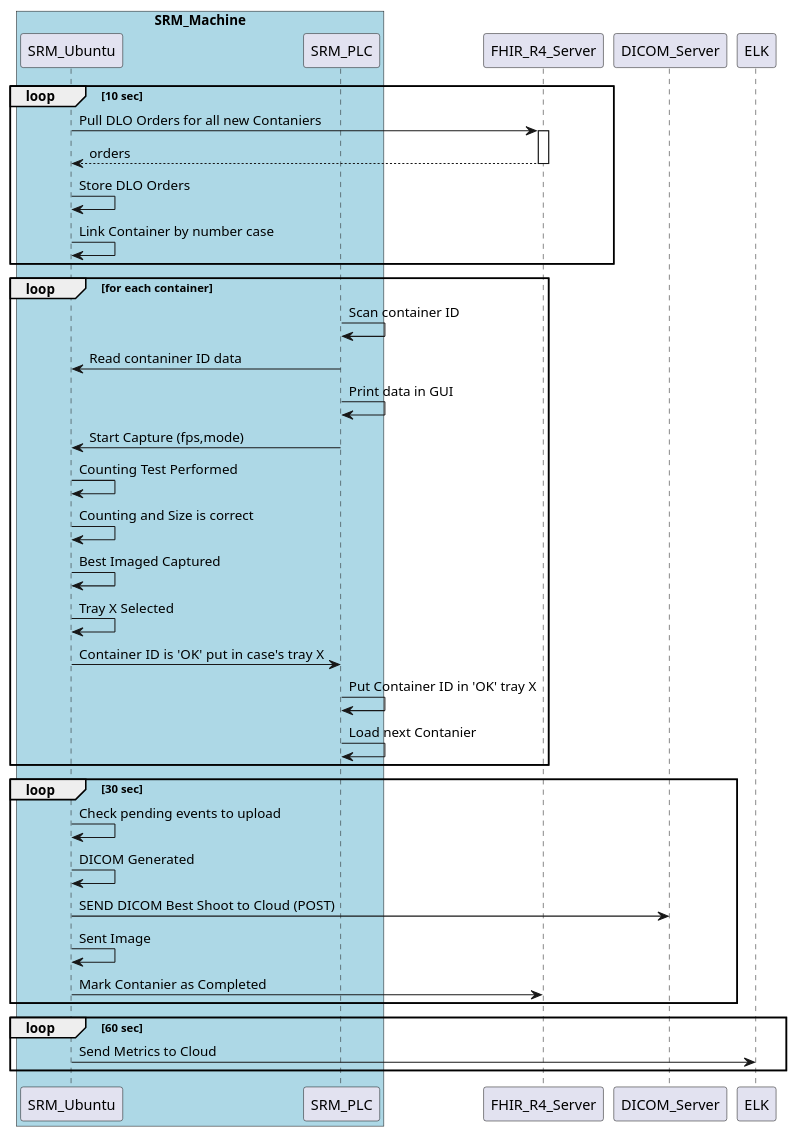
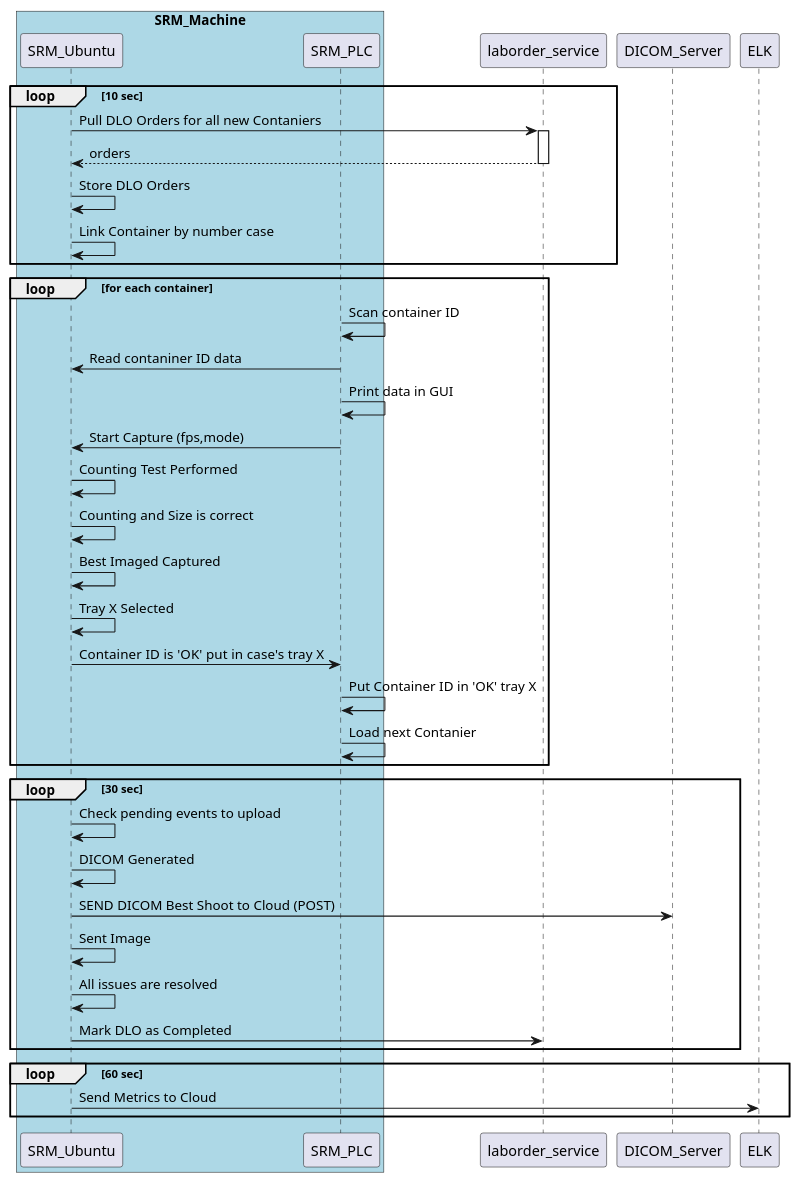
Before and after one commit to Qojgjg/playing-java-quarkus-mono: the diagram in srm/src/plantuml/SRM.puml, drawn with PlantUML. The commit also changed 116 other files, not shown here.

```diff
--- a/srm/src/plantuml/SRM.puml
+++ b/srm/src/plantuml/SRM.puml
@@ -1,39 +1,40 @@
 @startuml
 
 box "SRM_Machine" #LightBlue
 participant SRM_Ubuntu
 participant SRM_PLC
 end box
 
 loop 10 sec
-    SRM_Ubuntu->FHIR_R4_Server ++: Pull DLO Orders for all new Contaniers
+    SRM_Ubuntu->laborder_service ++: Pull DLO Orders for all new Contaniers
     return orders
     SRM_Ubuntu->SRM_Ubuntu: Store DLO Orders
     SRM_Ubuntu->SRM_Ubuntu: Link Container by number case
 end
 loop for each container 
 SRM_PLC->SRM_PLC: Scan container ID
 SRM_PLC->SRM_Ubuntu: Read contaniner ID data
 SRM_PLC->SRM_PLC: Print data in GUI
 
 SRM_PLC->SRM_Ubuntu: Start Capture (fps,mode)
 SRM_Ubuntu->SRM_Ubuntu: Counting Test Performed
 SRM_Ubuntu->SRM_Ubuntu: Counting and Size is correct
 SRM_Ubuntu->SRM_Ubuntu: Best Imaged Captured
 SRM_Ubuntu->SRM_Ubuntu: Tray X Selected
 SRM_Ubuntu->SRM_PLC: Container ID is 'OK'  put in case's tray X
 SRM_PLC->SRM_PLC :Put Container ID in 'OK' tray X 
 SRM_PLC->SRM_PLC: Load next Contanier
 
 end
 loop 30 sec
     SRM_Ubuntu->SRM_Ubuntu: Check pending events to upload 
     SRM_Ubuntu->SRM_Ubuntu: DICOM Generated
     SRM_Ubuntu->DICOM_Server: SEND DICOM Best Shoot to Cloud (POST)
     SRM_Ubuntu->SRM_Ubuntu: Sent Image
-    SRM_Ubuntu->FHIR_R4_Server: Mark Contanier as Completed
+        SRM_Ubuntu->SRM_Ubuntu: All issues are resolved
+    SRM_Ubuntu->laborder_service: Mark DLO as Completed
 end 
 loop 60 sec
     SRM_Ubuntu->ELK: Send Metrics to Cloud
 end 
 @enduml
```
